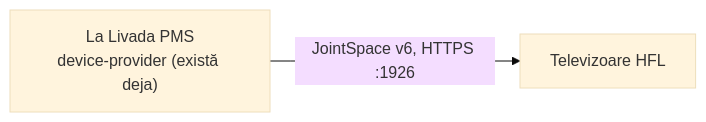
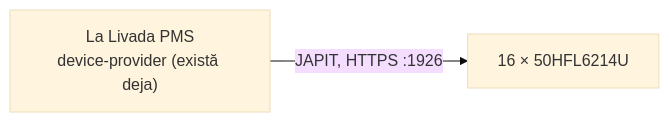
The second of 2 diagrams in docs/philips-htng-plan.md (LaLivada/la-livada-pms), drawn with Mermaid (base theme) before and after one commit. The commit also changed other lines of this file, not shown here.

First line of the commit message:
Planul Philips, pe modelul real: 50HFL6214U/12

````diff
--- a/docs/philips-htng-plan.md
+++ b/docs/philips-htng-plan.md
@@ -54,6 +89,6 @@
 ```mermaid
 flowchart LR
   PMS2["La Livada PMS<br/>device-provider (există deja)"]
-  TV2["Televizoare HFL"]
-  PMS2 -->|"JointSpace v6, HTTPS :1926"| TV2
+  TV2["16 × 50HFL6214U"]
+  PMS2 -->|"JAPIT, HTTPS :1926"| TV2
 ```
````
